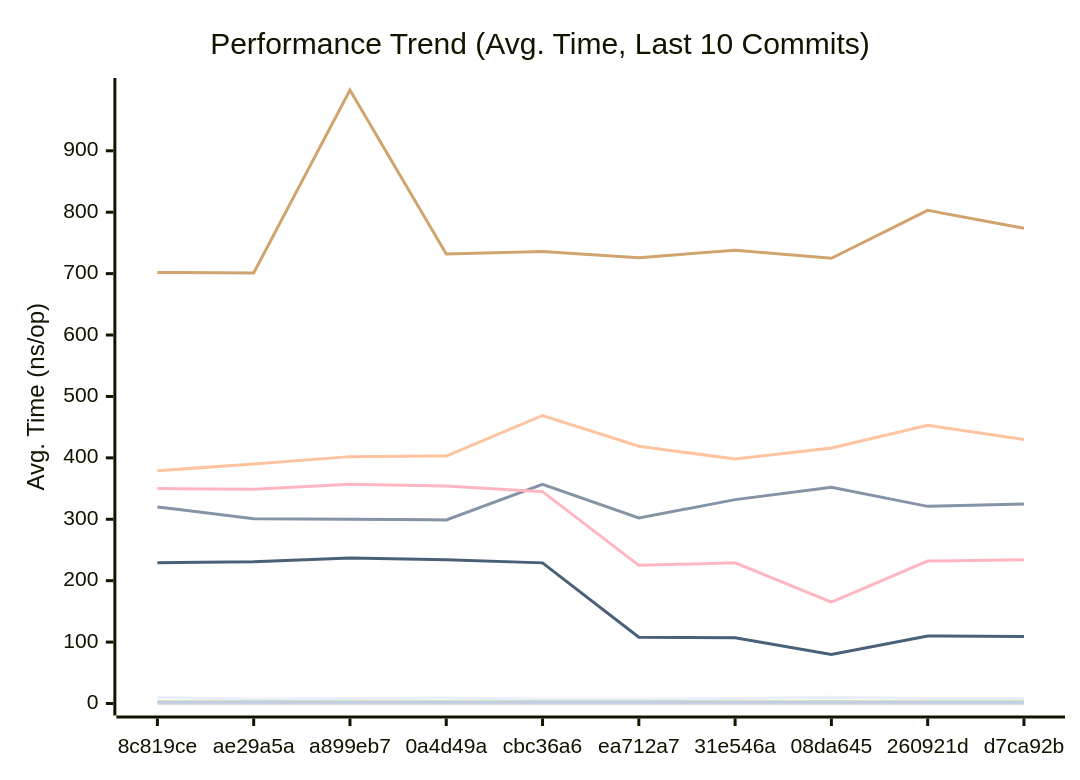
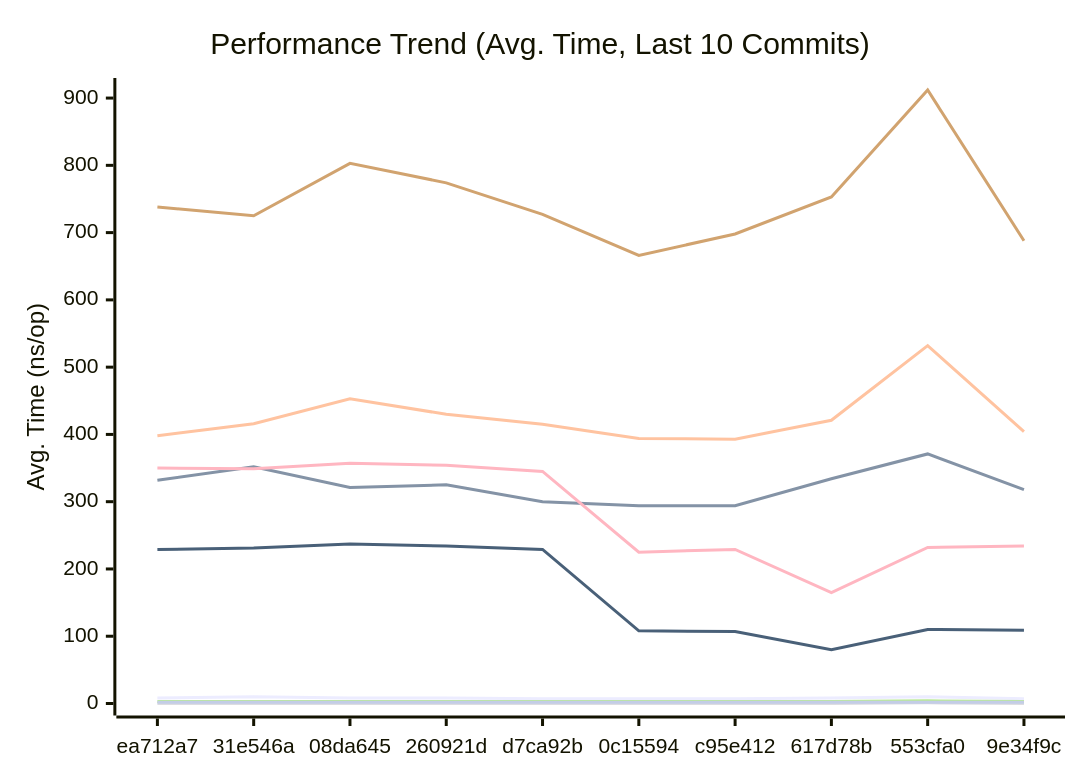
One commit to alsotoes/momo changed the first of 3 diagrams in docs/PERFORMANCE.md. Above: the diagram before and after it, drawn with Mermaid. The commit also changed other lines of this file and 17 other files, not shown here.

````diff
--- a/docs/PERFORMANCE.md
+++ b/docs/PERFORMANCE.md
@@ -80,16 +80,16 @@
 ```mermaid
 xychart-beta
     title "Performance Trend (Avg. Time, Last 10 Commits)"
     x-axis "Commit"
     y-axis "Avg. Time (ns/op)"
-    x-axis [8c819ce,ae29a5a,a899eb7,0a4d49a,cbc36a6,ea712a7,31e546a,08da645,260921d,d7ca92b]
-    line "CheckMetricsAndSwap" [10,7,8,9,7,7,8,10,8,8]
-    line "CrushOptimized" [320,301,300,299,357,302,332,352,321,325]
-    line "CrushOriginal" [379,390,402,403,469,419,398,416,453,430]
-    line "IndexDirectTracking" [0,0,0,0,0,0,0,0,0,0]
-    line "IndexSearch" [3,3,3,3,3,3,3,3,3,3]
-    line "LoadGlobalConfig" [702,701,999,732,736,726,738,725,803,774]
+    x-axis [ea712a7,31e546a,08da645,260921d,d7ca92b,0c15594,c95e412,617d78b,553cfa0,9e34f9c]
+    line "CheckMetricsAndSwap" [8,10,8,8,7,7,7,8,10,7]
+    line "CrushOptimized" [332,352,321,325,300,294,294,334,371,318]
+    line "CrushOriginal" [398,416,453,430,415,394,393,421,532,404]
+    line "IndexDirectTracking" [0,0,0,0,0,0,0,0,1,0]
+    line "IndexSearch" [3,3,3,3,3,3,3,3,4,3]
+    line "LoadGlobalConfig" [738,725,803,774,727,666,698,753,912,688]
     line "PadString" [2,2,2,2,2,2,2,2,2,2]
     line "ParseReplicationOrder_NoPrealloc" [350,349,357,354,345,225,229,165,232,234]
     line "ParseReplicationOrder_Prealloc" [229,231,237,234,229,108,107,80,110,109]
 ```
````
